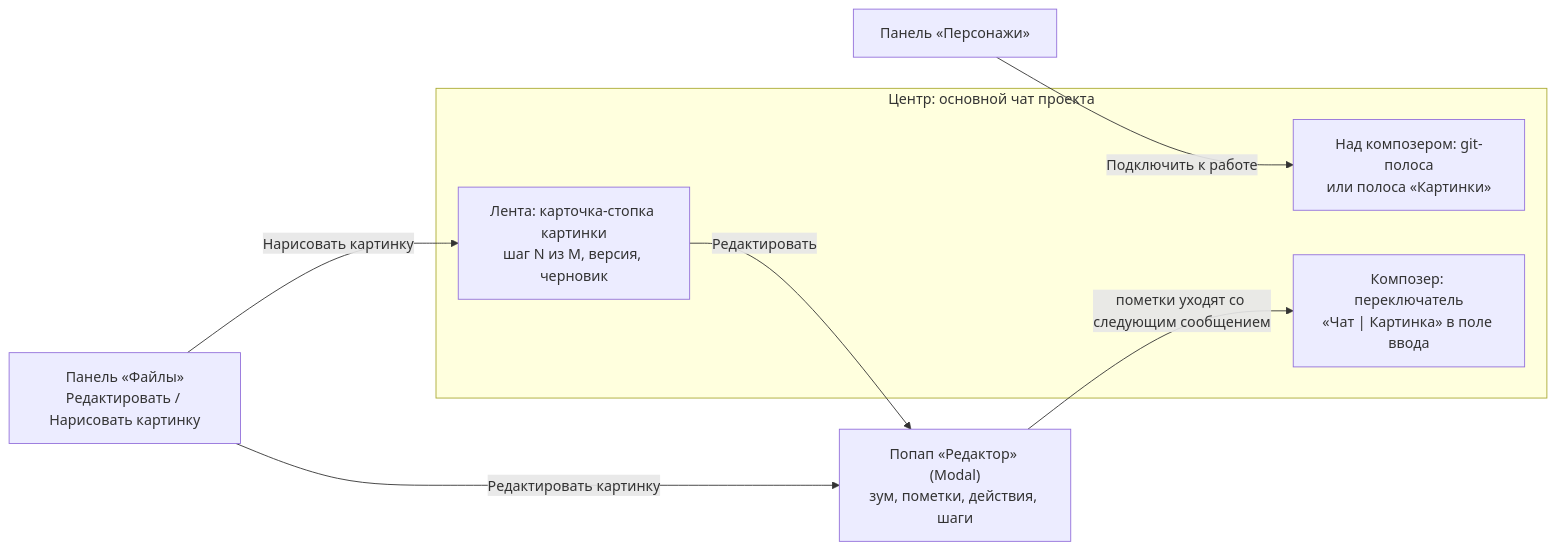
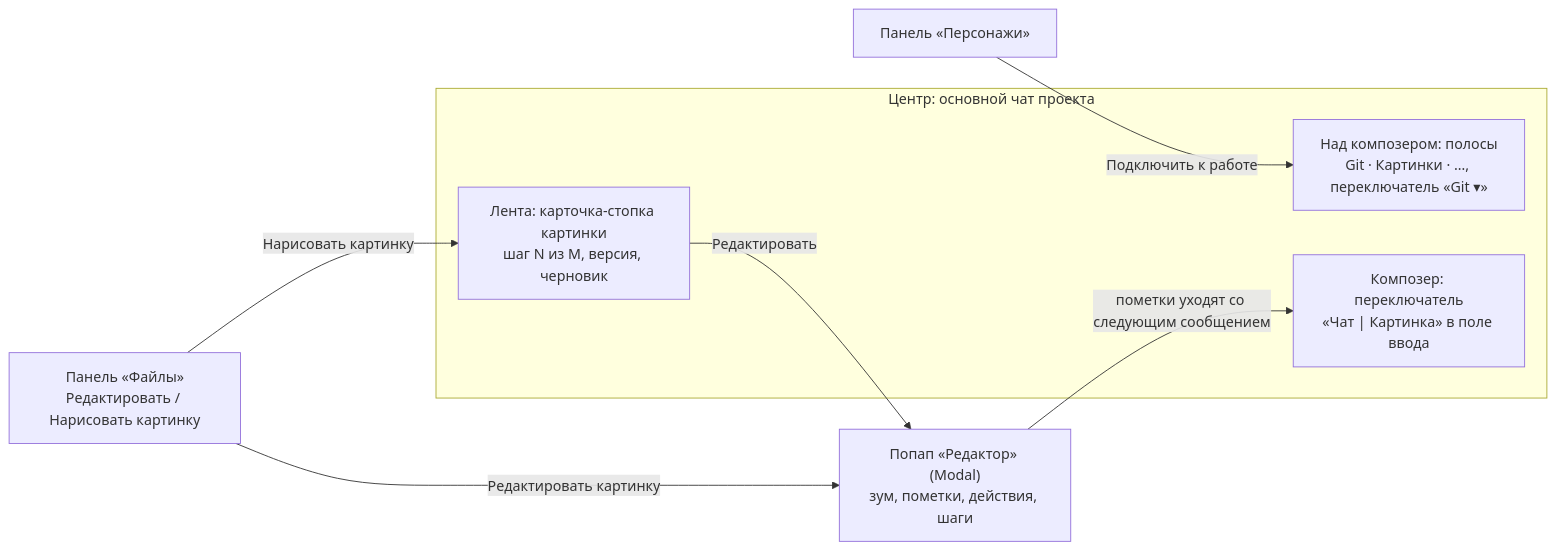
One commit to naychenko2/ClaudeCodeServer changed the diagram in docs/mockups/image-editor-v3-in-chat-proposal.md. Above: the diagram before and after it, drawn with Mermaid. The commit also changed other lines of this file and 1 other file, not shown here.

First line of the commit message:
docs(ImageEditor): добавить переключатель полос над композером в макет v3

````diff
--- a/docs/mockups/image-editor-v3-in-chat-proposal.md
+++ b/docs/mockups/image-editor-v3-in-chat-proposal.md
@@ -13,16 +14,16 @@
 ```mermaid
 flowchart LR
   subgraph Чат["Центр: основной чат проекта"]
     F["Лента: карточка-стопка картинки<br/>шаг N из M, версия, черновик"]
-    G["Над композером: git-полоса<br/>или полоса «Картинки»"]
+    G["Над композером: полосы<br/>Git · Картинки · …, переключатель «Git ▾»"]
     K["Композер: переключатель<br/>«Чат | Картинка» в поле ввода"]
   end
   E["Попап «Редактор» (Modal)<br/>зум, пометки, действия, шаги"]
   P["Панель «Персонажи»"]
   T["Панель «Файлы»<br/>Редактировать / Нарисовать картинку"]
   F -- "Редактировать" --> E
   T -- "Редактировать картинку" --> E
   T -- "Нарисовать картинку" --> F
   P -- "Подключить к работе" --> G
   E -- "пометки уходят со следующим сообщением" --> K
 ```
````
